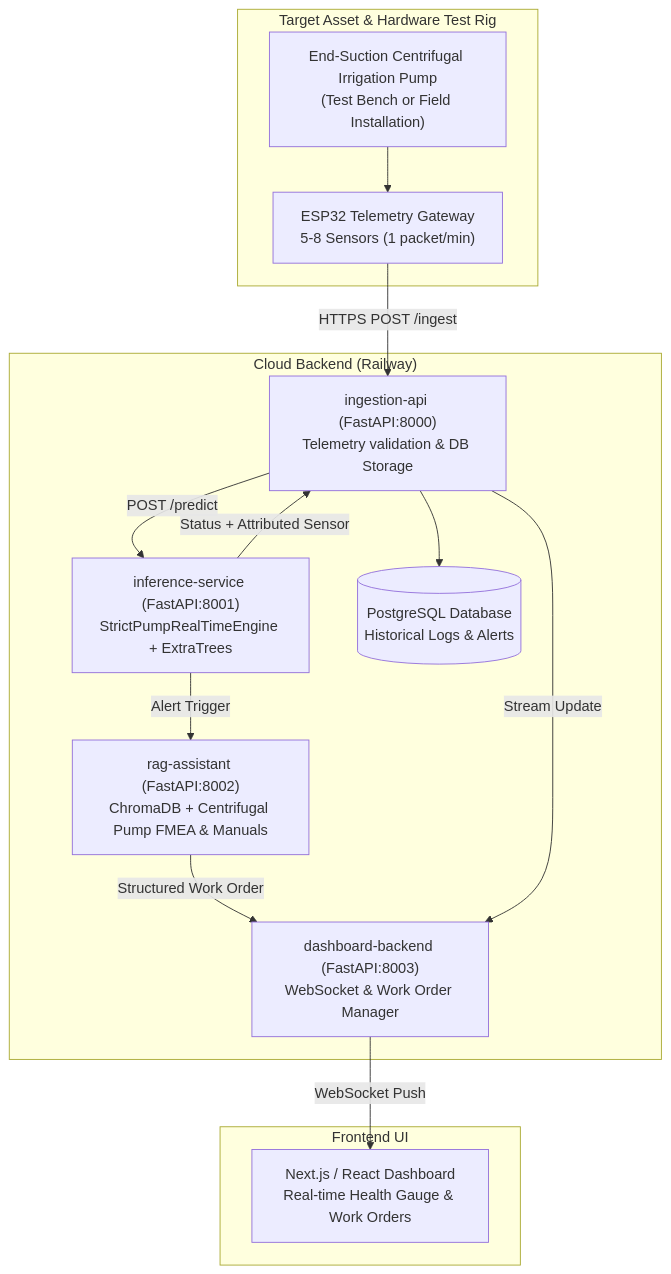
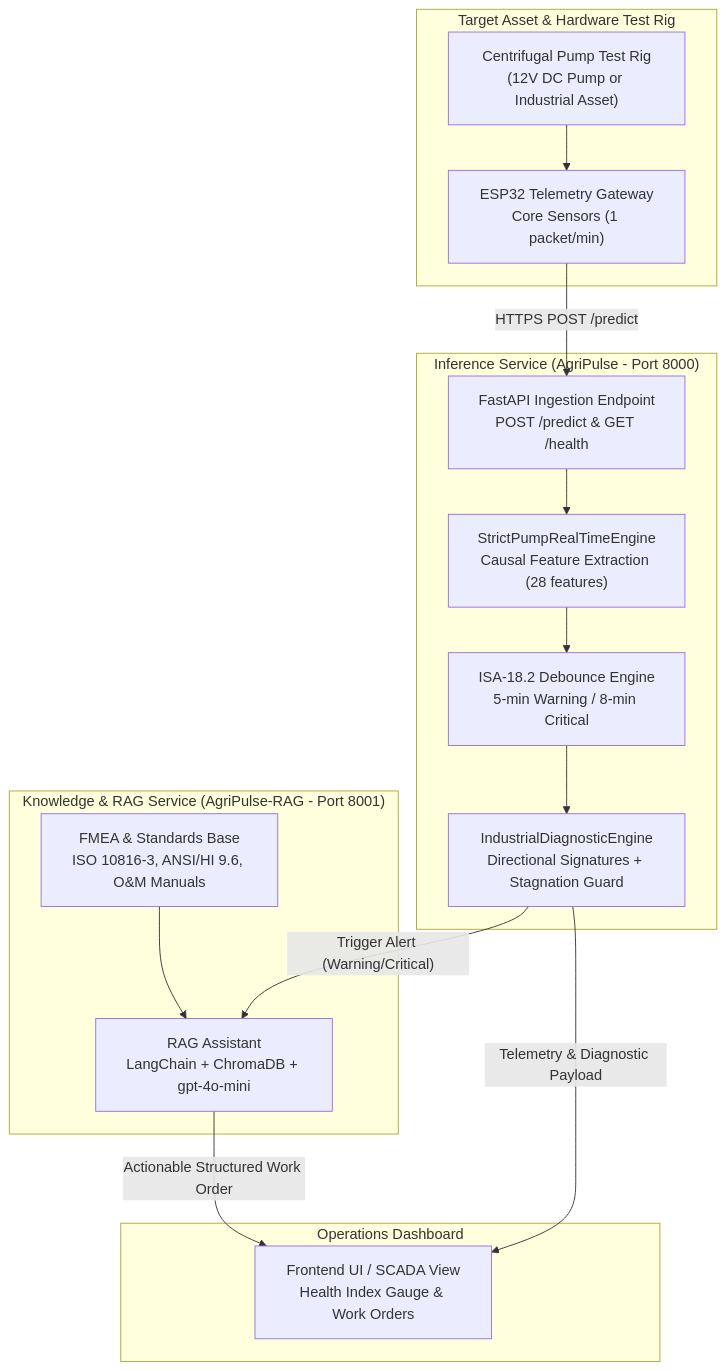
The second of 2 diagrams in docs/AI_Pipeline_Completion_Plan.md (tasneem33355/AgriPulse), drawn with Mermaid before and after one commit. The commit also changed other lines of this file and 4 other files, not shown here.

Commit message:
docs: align architecture, completion plan, instrumentation PDF (v3.0), and model_config with two-stage pump telemetry and verified metrics

````diff
--- a/docs/AI_Pipeline_Completion_Plan.md
+++ b/docs/AI_Pipeline_Completion_Plan.md
@@ -34,29 +38,33 @@
 ```mermaid
 flowchart TD
     subgraph "Target Asset & Hardware Test Rig"
-        PUMP["End-Suction Centrifugal Irrigation Pump\n(Test Bench or Field Installation)"]
-        ESP["ESP32 Telemetry Gateway\n5-8 Sensors (1 packet/min)"]
+        PUMP["Centrifugal Pump Test Rig\n(12V DC Pump or Industrial Asset)"]
+        ESP["ESP32 Telemetry Gateway\nCore Sensors (1 packet/min)"]
         PUMP --> ESP
     end
 
-    subgraph "Cloud Backend (Railway)"
-        ING["ingestion-api (FastAPI:8000)\nTelemetry validation & DB Storage"]
-        INF["inference-service (FastAPI:8001)\nStrictPumpRealTimeEngine + ExtraTrees"]
-        RAG["rag-assistant (FastAPI:8002)\nChromaDB + Centrifugal Pump FMEA & Manuals"]
-        BE["dashboard-backend (FastAPI:8003)\nWebSocket & Work Order Manager"]
-        DB[("PostgreSQL Database\nHistorical Logs & Alerts")]
+    subgraph "Inference Service (AgriPulse - Port 8000)"
+        ING["FastAPI Ingestion Endpoint\nPOST /predict & GET /health"]
+        ENG["StrictPumpRealTimeEngine\nCausal Feature Extraction (28 features)"]
+        DEB["ISA-18.2 Debounce Engine\n5-min Warning / 8-min Critical"]
+        DIAG["IndustrialDiagnosticEngine\nDirectional Signatures + Stagnation Guard"]
+        ING --> ENG
+        ENG --> DEB
+        DEB --> DIAG
     end
 
-    subgraph "Frontend UI"
-        FE["Next.js / React Dashboard\nReal-time Health Gauge & Work Orders"]
+    subgraph "Knowledge & RAG Service (AgriPulse-RAG - Port 8001)"
+        RAG["RAG Assistant\nLangChain + ChromaDB + gpt-4o-mini"]
+        FMEA["FMEA & Standards Base\nISO 10816-3, ANSI/HI 9.6, O&M Manuals"]
+        FMEA --> RAG
     end
 
-    ESP -->|"HTTPS POST /ingest"| ING
-    ING --> DB
-    ING -->|"POST /predict"| INF
-    INF -->|"Status + Attributed Sensor"| ING
-    INF -->|"Alert Trigger"| RAG
-    RAG -->|"Structured Work Order"| BE
-    ING -->|"Stream Update"| BE
-    BE -->|"WebSocket Push"| FE
+    subgraph "Operations Dashboard"
+        DASH["Frontend UI / SCADA View\nHealth Index Gauge & Work Orders"]
+    end
+
+    ESP -->|"HTTPS POST /predict"| ING
+    DIAG -->|"Telemetry & Diagnostic Payload"| DASH
+    DIAG -->|"Trigger Alert (Warning/Critical)"| RAG
+    RAG -->|"Actionable Structured Work Order"| DASH
 ```
````
